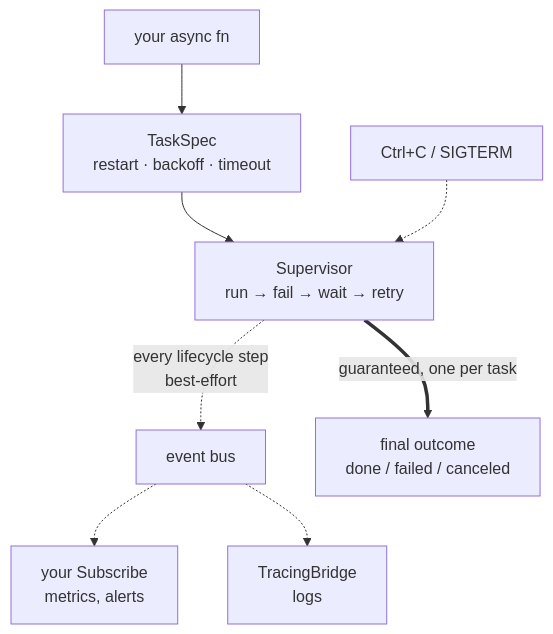
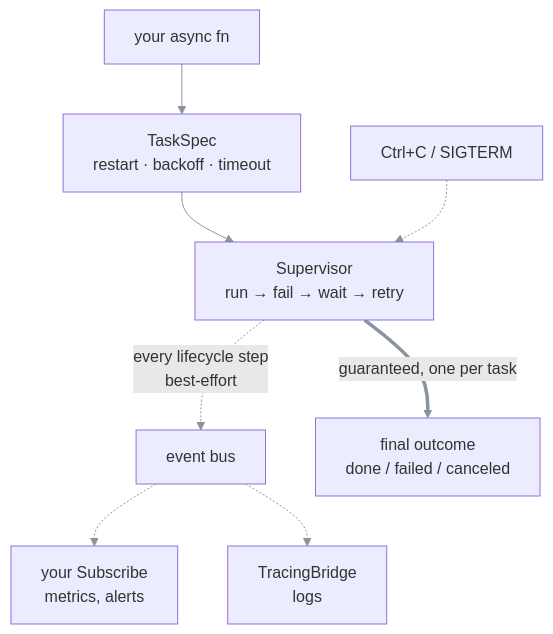
One commit to soltiHQ/.github changed the diagram in assets/schema/taskvisor-process.md. Above: the diagram before and after it, drawn with Mermaid. The commit also changed 1 other file, not shown here.

Commit message:
add taskvisor schema

````diff
--- a/assets/schema/taskvisor-process.md
+++ b/assets/schema/taskvisor-process.md
@@ -1,12 +1,13 @@
 ```mermaid
+%%{init: {"theme": "default", "themeVariables": {"lineColor": "#8b949e", "edgeLabelBackground": "#e8e8e8"}}}%%
 flowchart TD
     fn["your async fn"] --> spec["TaskSpec<br/>restart · backoff · timeout"]
     spec --> sup["Supervisor<br/>run → fail → wait → retry"]
     sig["Ctrl+C / SIGTERM"] -.-> sup
 
     sup -. "every lifecycle step<br/>best-effort" .-> bus["event bus"]
     bus -.-> sub["your Subscribe<br/>metrics, alerts"]
     bus -.-> tb["TracingBridge<br/>logs"]
 
     sup == "guaranteed, one per task" ==> out["final outcome<br/>done / failed / canceled"]
 ```
````
